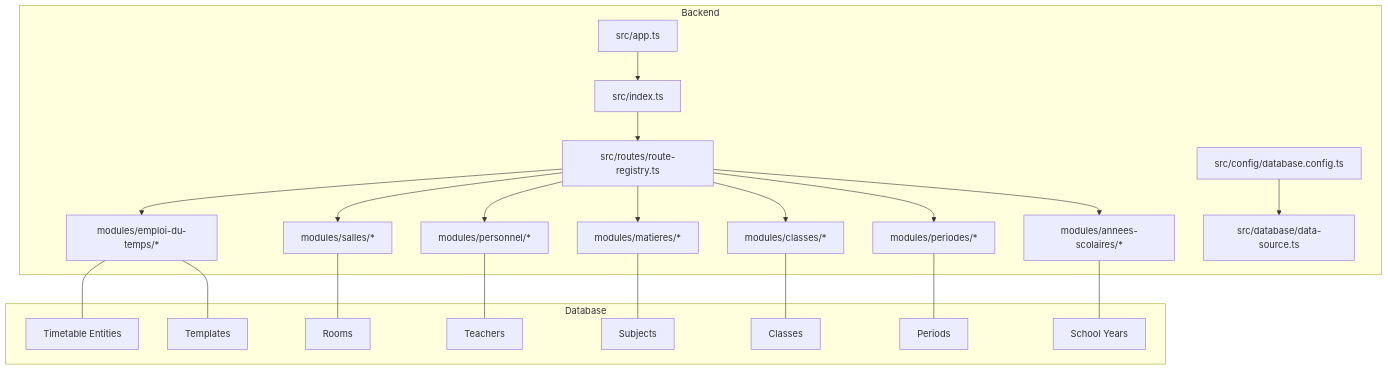
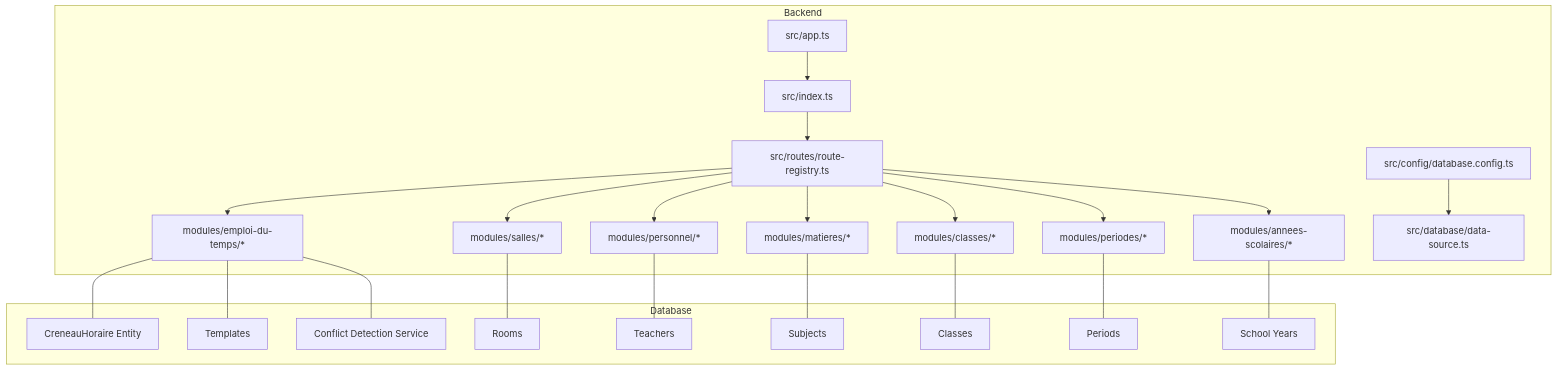
Before and after one commit to franckylab/eLISAschool: the first of 11 diagrams in .qoder/repowiki/en/content/Academic Management System/Class & Schedule Management/Timetable Creation & Scheduling.md, drawn with Mermaid. The commit also changed other lines of this file and 455 other files, not shown here.

````diff
--- a/.qoder/repowiki/en/content/Academic Management System/Class & Schedule Management/Timetable Creation & Scheduling.md
+++ b/.qoder/repowiki/en/content/Academic Management System/Class & Schedule Management/Timetable Creation & Scheduling.md
@@ -111,33 +120,35 @@
 ```mermaid
 graph TB
 subgraph "Backend"
 A["src/app.ts"] --> B["src/index.ts"]
 B --> C["src/routes/route-registry.ts"]
 C --> D["modules/emploi-du-temps/*"]
 C --> E["modules/salles/*"]
 C --> F["modules/personnel/*"]
 C --> G["modules/matieres/*"]
 C --> H["modules/classes/*"]
 C --> I["modules/periodes/*"]
 C --> J["modules/annees-scolaires/*"]
 K["src/config/database.config.ts"] --> L["src/database/data-source.ts"]
 end
 subgraph "Database"
-M["Timetable Entities"]
+M["CreneauHoraire Entity"]
 N["Templates"]
 O["Rooms"]
 P["Teachers"]
 Q["Subjects"]
 R["Classes"]
 S["Periods"]
 T["School Years"]
+U["Conflict Detection Service"]
 end
 D --- M
 D --- N
 E --- O
 F --- P
 G --- Q
 H --- R
 I --- S
 J --- T
+D --- U
 ```
````
